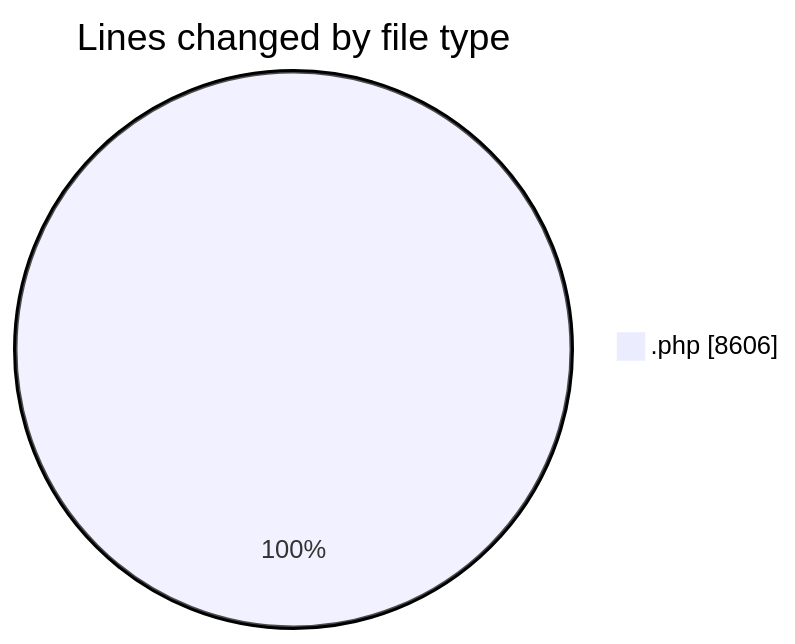
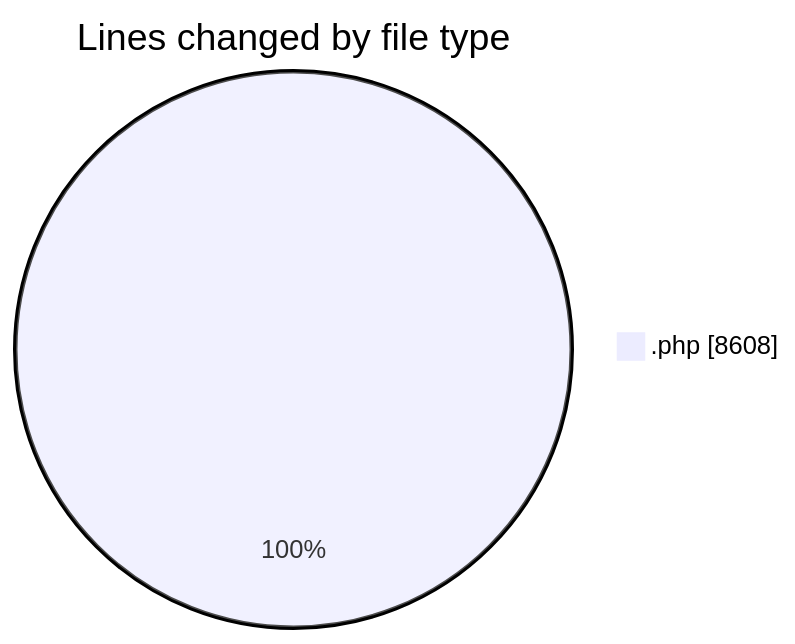
Before and after one commit to vahidmafi/code-tracking: the first of 2 diagrams in 2025-12-29/shop/README.md, drawn with Mermaid. The commit also changed other lines of this file and 1 other file, not shown here.

````diff
--- a/2025-12-29/shop/README.md
+++ b/2025-12-29/shop/README.md
@@ -22,5 +22,5 @@
 ```mermaid
 pie showData
 title Lines changed by file type
-".php" : 8606
+".php" : 8608
 ```
````
